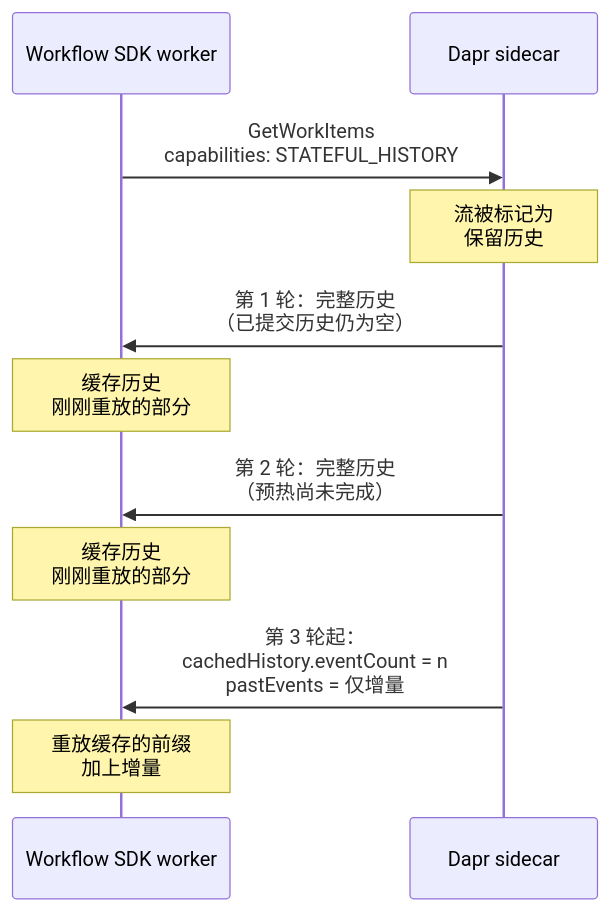
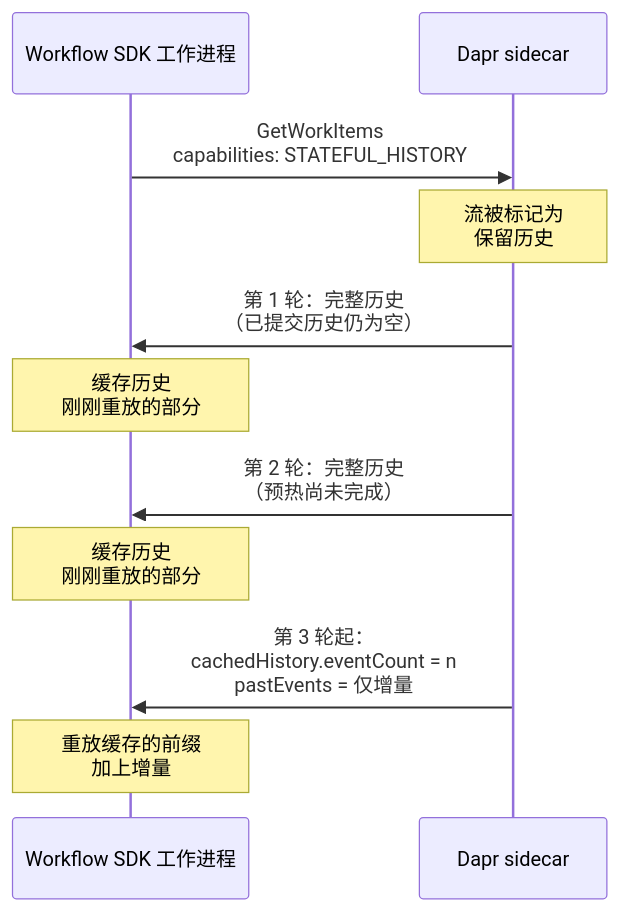
The diagram in translated_content/zh_CN/docs/developing-applications/building-blocks/workflow/workflow-stateful-client.md (dapr/docs-zh), drawn with Mermaid before and after one commit. The commit also changed other lines of this file and 33 other files, not shown here.

```diff
--- a/translated_content/zh_CN/docs/developing-applications/building-blocks/workflow/workflow-stateful-client.md
+++ b/translated_content/zh_CN/docs/developing-applications/building-blocks/workflow/workflow-stateful-client.md
@@ -37,13 +37,13 @@
 {{< mermaid >}}
 sequenceDiagram
-    participant W as Workflow SDK worker
+    participant W as Workflow SDK 工作进程
     participant S as Dapr sidecar
     W->>S: GetWorkItems<br/>capabilities: STATEFUL_HISTORY
     Note over S: 流被标记为<br/>保留历史
     S->>W: 第 1 轮：完整历史<br/>（已提交历史仍为空）
     Note over W: 缓存历史<br/>刚刚重放的部分
     S->>W: 第 2 轮：完整历史<br/>（预热尚未完成）
     Note over W: 缓存历史<br/>刚刚重放的部分
     S->>W: 第 3 轮起：<br/>cachedHistory.eventCount = n<br/>pastEvents = 仅增量
     Note over W: 重放缓存的前缀<br/>加上增量
 {{< /mermaid >}}
```
